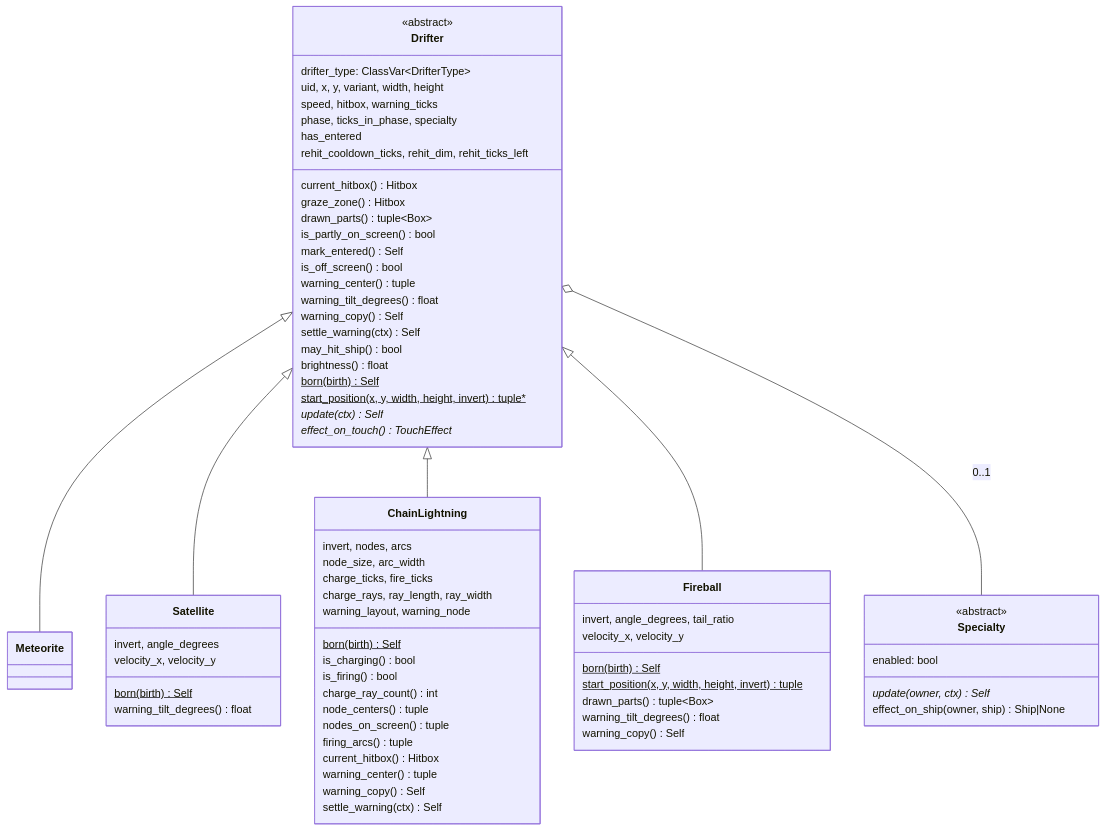
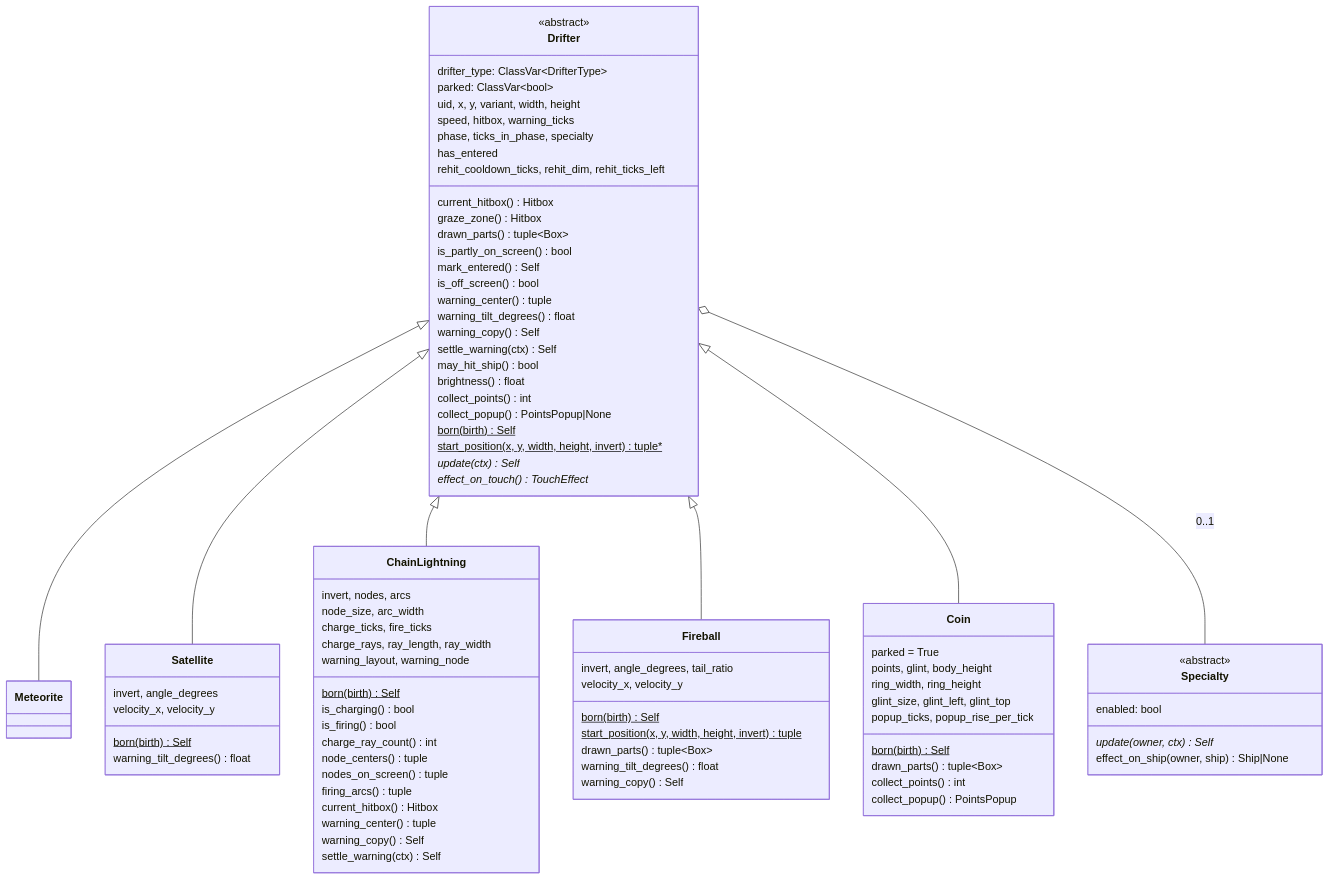
The first of 6 diagrams in docs/contracts/systems/drifters.md (david-mntl/driftward-ace), drawn with Mermaid before and after one commit. The commit also changed other lines of this file and 12 other files, not shown here.

Commit message:
docs(contracts): add DRA-62 contracts, coin tuning schema, update app, drifters, run and scroll

````diff
--- a/docs/contracts/systems/drifters.md
+++ b/docs/contracts/systems/drifters.md
@@ -35,6 +37,7 @@
   class Drifter {
     <<abstract>>
     drifter_type: ClassVar~DrifterType~
+    parked: ClassVar~bool~
     uid, x, y, variant, width, height
     speed, hitbox, warning_ticks
     phase, ticks_in_phase, specialty
@@ -52,6 +55,8 @@
     settle_warning(ctx) Self
     may_hit_ship() bool
     brightness() float
+    collect_points() int
+    collect_popup() PointsPopup|None
     born(birth)$ Self
     start_position(x, y, width, height, invert)$ tuple*
     update(ctx) Self*
@@ -97,9 +102,21 @@
     warning_tilt_degrees() float
     warning_copy() Self
   }
+  class Coin {
+    parked = True
+    points, glint, body_height
+    ring_width, ring_height
+    glint_size, glint_left, glint_top
+    popup_ticks, popup_rise_per_tick
+    born(birth)$ Self
+    drawn_parts() tuple~Box~
+    collect_points() int
+    collect_popup() PointsPopup
+  }
   Drifter <|-- Meteorite
   Drifter <|-- Satellite
   Drifter <|-- ChainLightning
   Drifter <|-- Fireball
+  Drifter <|-- Coin
   Drifter o-- Specialty : 0..1
 ```
````
